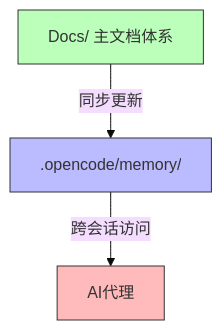
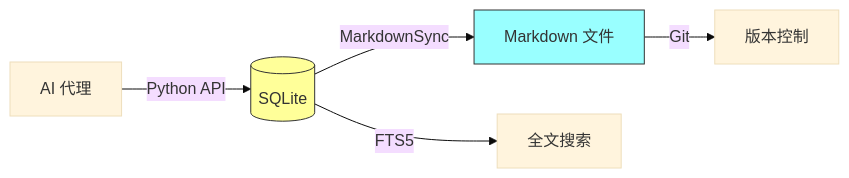
One commit to Coder-Beam/Quick-Agents-for-Z.AI-GLM changed the second of 2 diagrams in Docs/INDEX.md. Above: the diagram before and after it, drawn with Mermaid (base theme). The commit also changed other lines of this file and 6 other files, not shown here.

````diff
--- a/Docs/INDEX.md
+++ b/Docs/INDEX.md
@@ -98,9 +136,10 @@
 ```mermaid
-graph TD
-    DocsMain[Docs/ 主文档体系] -->|同步更新| MemoryMain[.opencode/memory/]
-    MemoryMain -->|跨会话访问| AIAgent[AI代理]
+graph LR
+    AI[AI 代理] -->|Python API| SQLite[(SQLite)]
+    SQLite -->|MarkdownSync| MD[Markdown 文件]
+    MD -->|Git| REPO[版本控制]
+    SQLite -->|FTS5| SEARCH[全文搜索]
     
-    style DocsMain fill:#bfb,stroke:#333
-    style MemoryMain fill:#bbf,stroke:#333
-    style AIAgent fill:#fbb,stroke:#333
+    style SQLite fill:#ff9,stroke:#333
+    style MD fill:#9ff,stroke:#333
 ```
````
